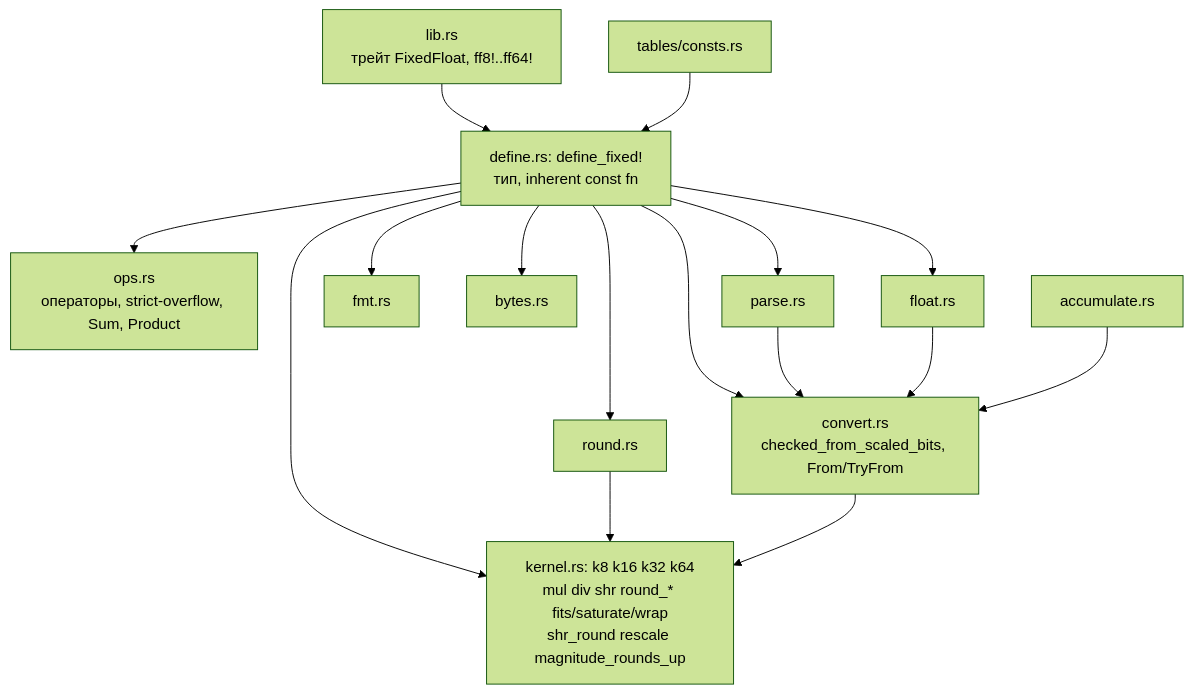
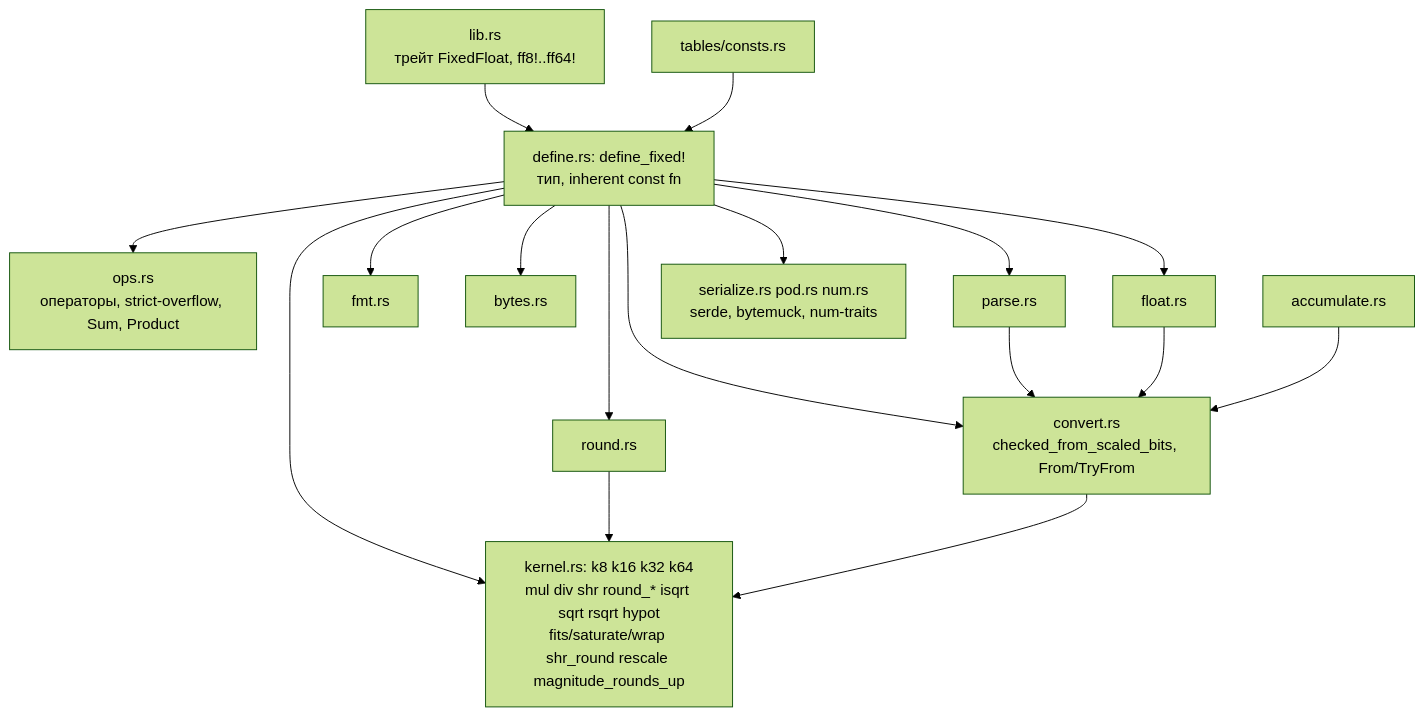
One commit to whoiam1101/fulcrum changed the diagram in docs/INTERNALS.md. Above: the diagram before and after it, drawn with Mermaid (forest theme). The commit also changed other lines of this file and 3 other files, not shown here.

````diff
--- a/docs/INTERNALS.md
+++ b/docs/INTERNALS.md
@@ -369,25 +407,26 @@
 ```mermaid
 flowchart TB
     LIB["lib.rs<br/>трейт FixedFloat, ff8!..ff64!"]
     DEF["define.rs: define_fixed!<br/>тип, inherent const fn"]
-    K["kernel.rs: k8 k16 k32 k64<br/>mul div shr round_* fits/saturate/wrap<br/>shr_round rescale magnitude_rounds_up"]
+    K["kernel.rs: k8 k16 k32 k64<br/>mul div shr round_* isqrt sqrt rsqrt hypot<br/>fits/saturate/wrap shr_round rescale magnitude_rounds_up"]
     OPS["ops.rs<br/>операторы, strict-overflow, Sum, Product"]
     RND["round.rs"]
     CONV["convert.rs<br/>checked_from_scaled_bits, From/TryFrom"]
     PARSE["parse.rs"]
     FMT["fmt.rs"]
     BYTES["bytes.rs"]
     ACC["accumulate.rs"]
     FLT["float.rs"]
+    INT["serialize.rs pod.rs num.rs<br/>serde, bytemuck, num-traits"]
     TAB["tables/consts.rs"]
 
     LIB --> DEF
-    DEF --> OPS & RND & CONV & PARSE & FMT & BYTES & FLT
+    DEF --> OPS & RND & CONV & PARSE & FMT & BYTES & FLT & INT
     DEF --> K
     RND --> K
     CONV --> K
     PARSE --> CONV
     FLT --> CONV
     ACC --> CONV
     TAB --> DEF
 ```
````
